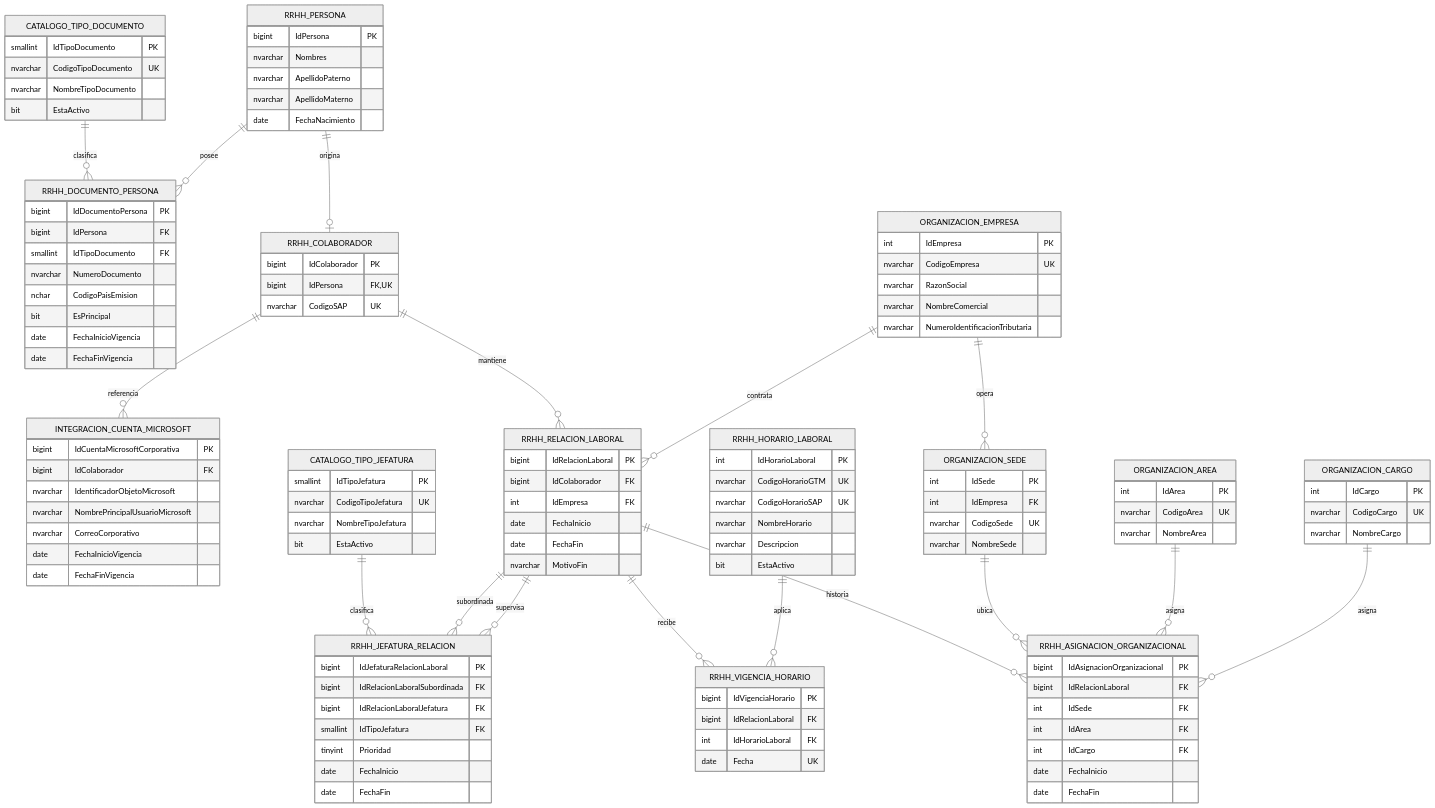
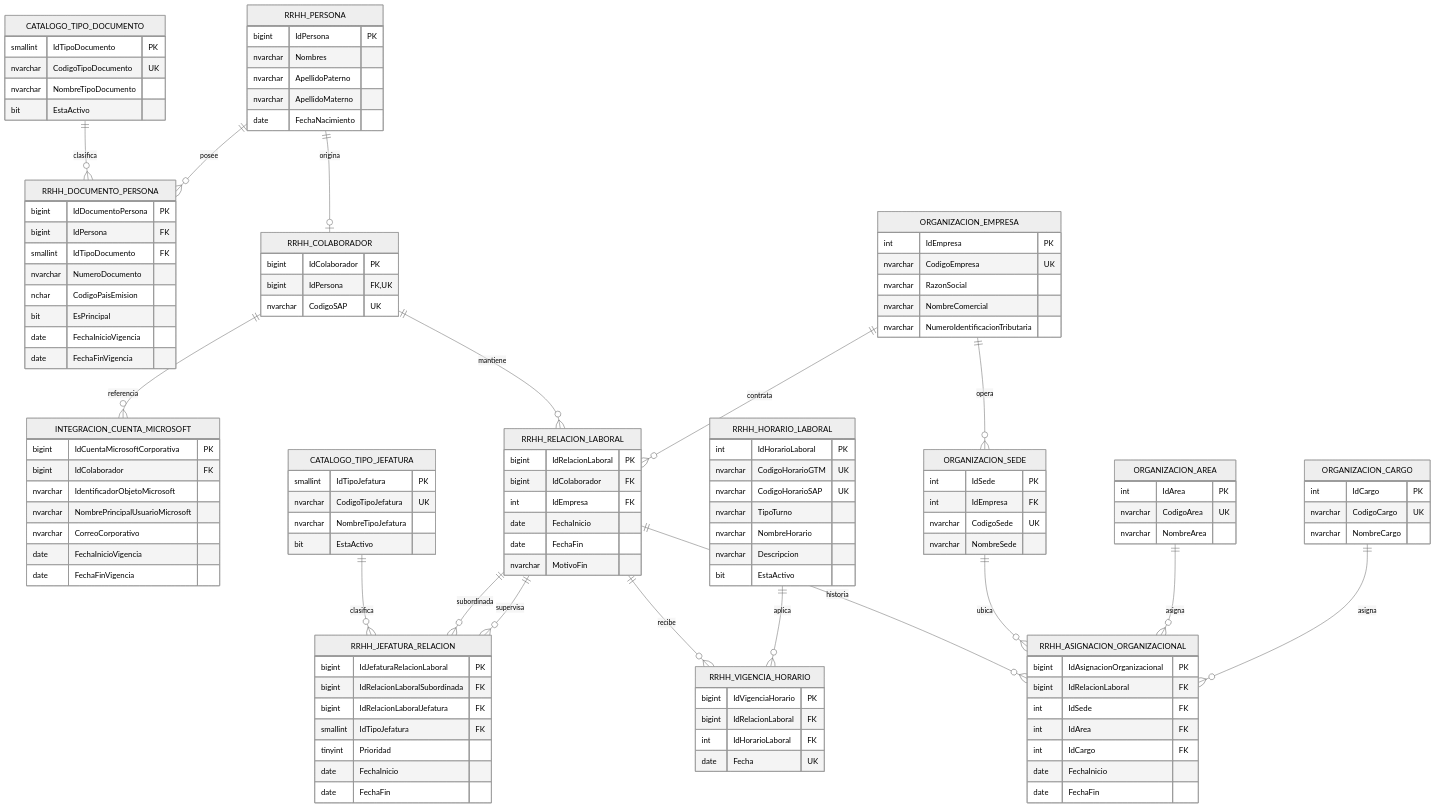
One commit to Daniel-1401/GTM-DATABASE changed the diagram in docs-proyecto/er-diagram-fisico-v1.md. Above: the diagram before and after it, drawn with Mermaid (neutral theme). The commit also changed other lines of this file and 83 other files, not shown here.

```diff
--- a/docs-proyecto/er-diagram-fisico-v1.md
+++ b/docs-proyecto/er-diagram-fisico-v1.md
@@ -121,6 +121,7 @@
         int IdHorarioLaboral PK
         nvarchar CodigoHorarioGTM UK
         nvarchar CodigoHorarioSAP UK
+        nvarchar TipoTurno
         nvarchar NombreHorario
         nvarchar Descripcion
         bit EstaActivo
```
